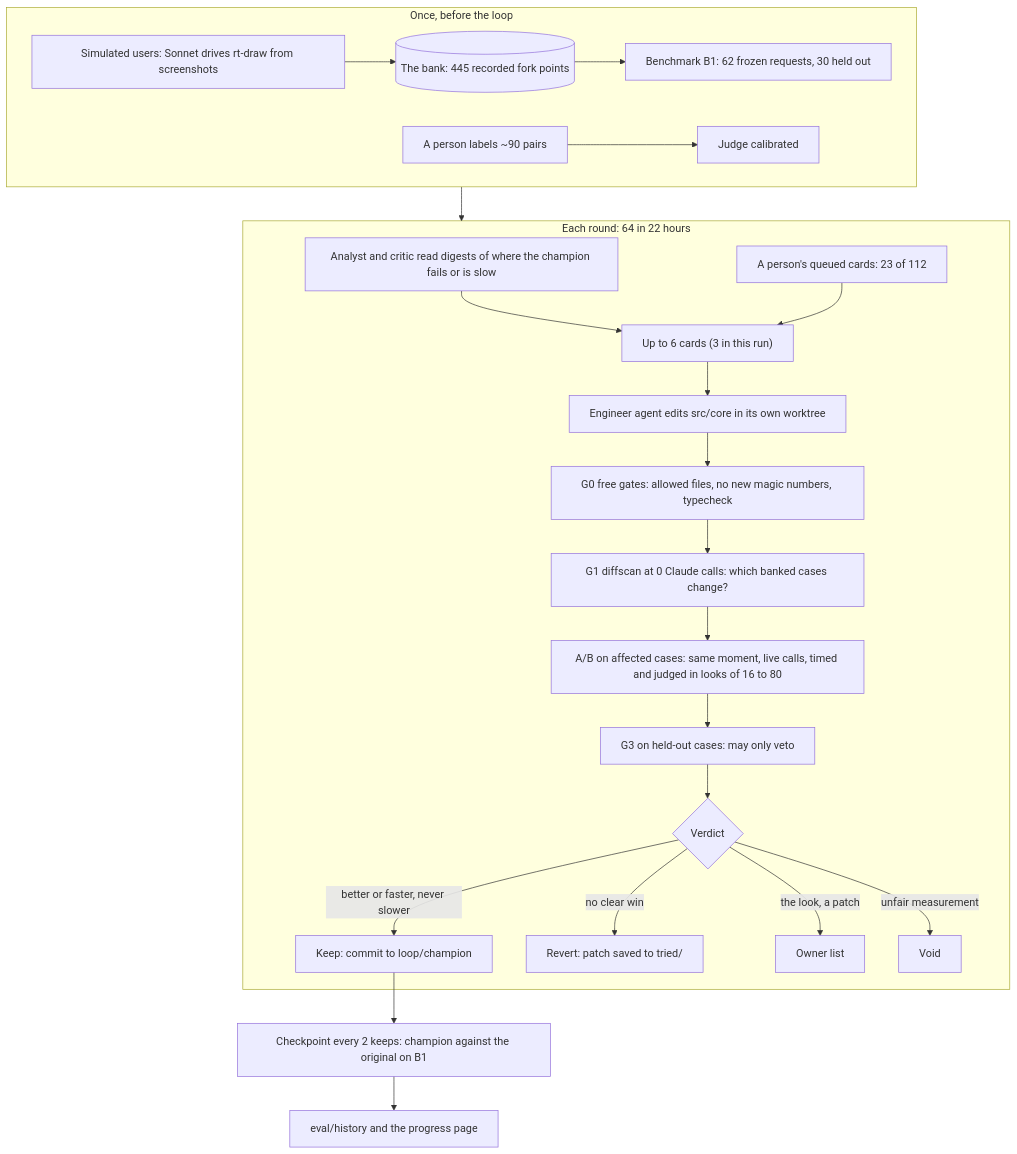
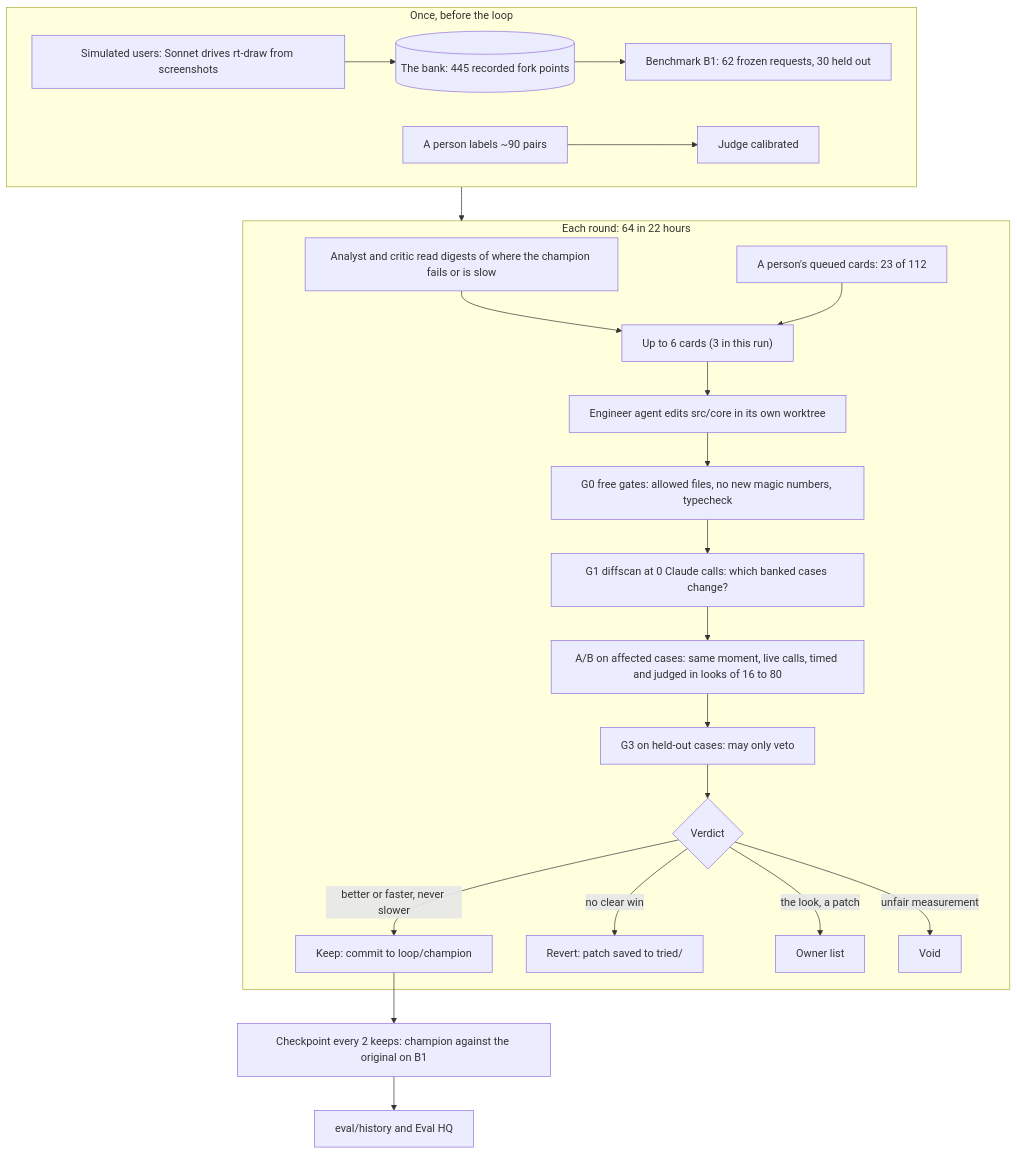
One commit to OmarSalimMoussa/rt-draw-v2 changed the diagram in evals/README.md. Above: the diagram before and after it, drawn with Mermaid. The commit also changed other lines of this file and 57 other files, not shown here.

````diff
--- a/evals/README.md
+++ b/evals/README.md
@@ -123,26 +123,26 @@
 ```mermaid
 %%{init: {"flowchart": {"wrappingWidth": 400}}}%%
 flowchart TD
   subgraph setup["Once, before the loop"]
     direction LR
     DR["Simulated users: Sonnet drives rt-draw from screenshots"] --> BANK[("The bank: 445 recorded fork points")] --> B1["Benchmark B1: 62 frozen requests, 30 held out"]
     LAB["A person labels ~90 pairs"] --> CAL["Judge calibrated"]
   end
   subgraph rounds["Each round: 64 in 22 hours"]
     AN["Analyst and critic read digests of where the champion fails or is slow"] --> CARDS["Up to 6 cards (3 in this run)"]
     PQ["A person's queued cards: 23 of 112"] --> CARDS
     CARDS --> ENG["Engineer agent edits src/core in its own worktree"]
     ENG --> G0["G0 free gates: allowed files, no new magic numbers, typecheck"]
     G0 --> G1["G1 diffscan at 0 Claude calls: which banked cases change?"]
     G1 --> AB["A/B on affected cases: same moment, live calls, timed and judged in looks of 16 to 80"]
     AB --> G3["G3 on held-out cases: may only veto"]
     G3 --> V{"Verdict"}
     V -->|"better or faster, never slower"| KEEP["Keep: commit to loop/champion"]
     V -->|"no clear win"| REV["Revert: patch saved to tried/"]
     V -->|"the look, a patch"| OWN["Owner list"]
     V -->|"unfair measurement"| VOID["Void"]
   end
   setup --> rounds
   KEEP --> CK["Checkpoint every 2 keeps: champion against the original on B1"]
-  CK --> PG["eval/history and the progress page"]
+  CK --> PG["eval/history and Eval HQ"]
 ```
````
